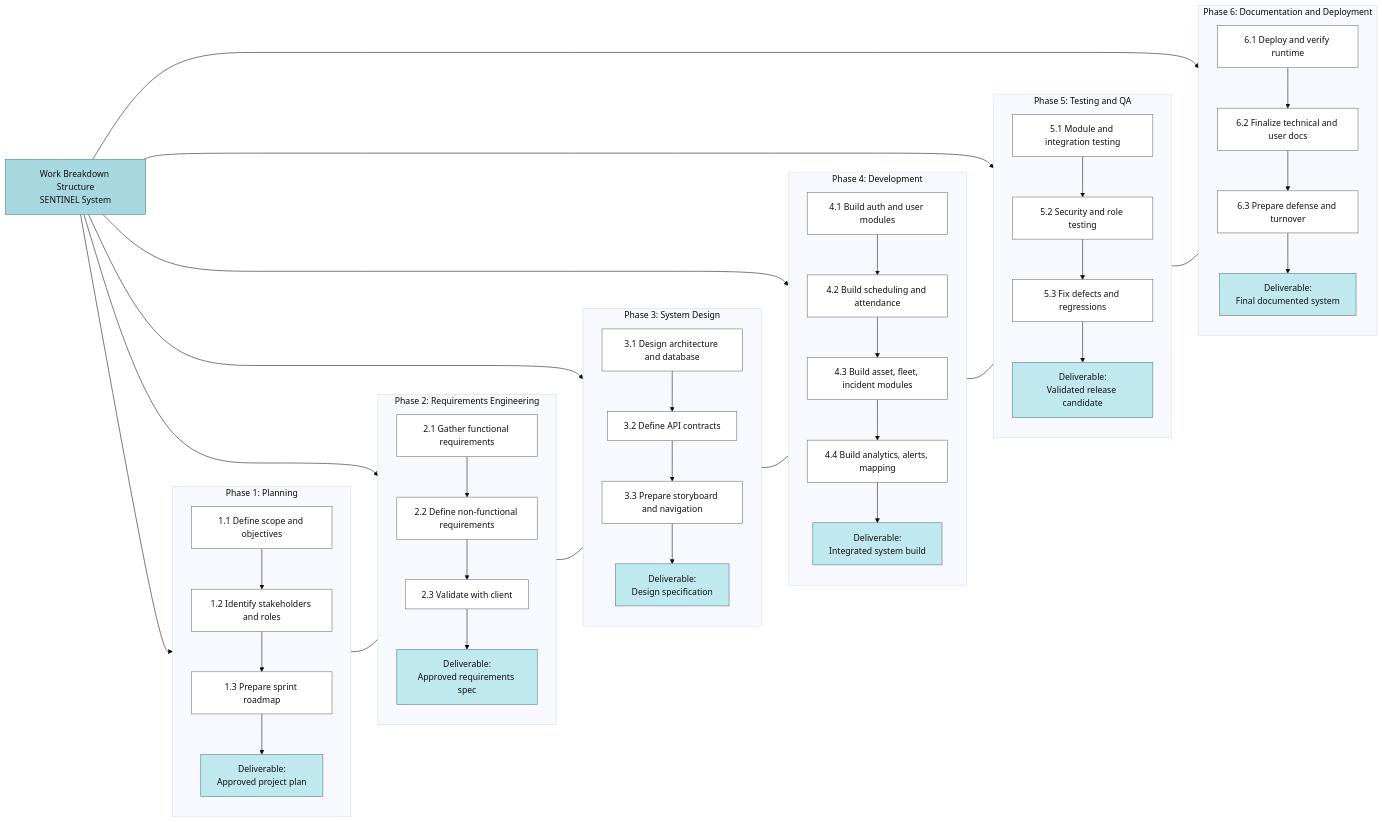
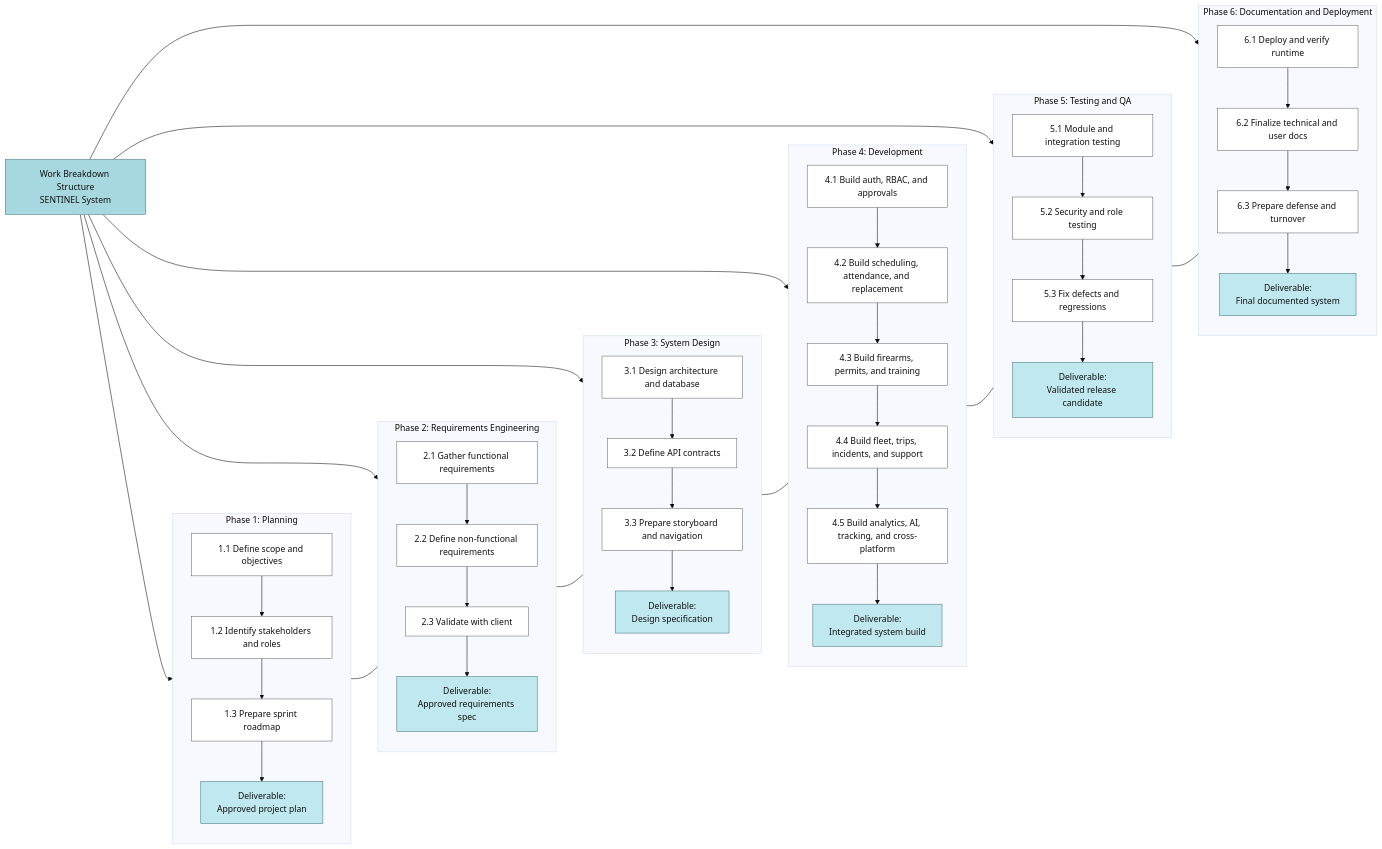
One commit to dwaytu/Capstone-Main changed the first of 6 diagrams in SENTINEL - Group 8.md. Above: the diagram before and after it, drawn with Mermaid (base theme). The commit also changed other lines of this file and 12 other files, not shown here.

````diff
--- a/SENTINEL - Group 8.md
+++ b/SENTINEL - Group 8.md
@@ -1128,76 +1042,77 @@
 ```mermaid
 flowchart LR
 	ROOT["Work Breakdown Structure\nSENTINEL System"]
 
 	subgraph P1["Phase 1: Planning"]
 		direction TB
 		P1_1["1.1 Define scope and objectives"]
 		P1_2["1.2 Identify stakeholders and roles"]
 		P1_3["1.3 Prepare sprint roadmap"]
 		P1_D["Deliverable:\nApproved project plan"]
 		P1_1 --> P1_2 --> P1_3 --> P1_D
 	end
 
 	subgraph P2["Phase 2: Requirements Engineering"]
 		direction TB
 		P2_1["2.1 Gather functional requirements"]
 		P2_2["2.2 Define non-functional requirements"]
 		P2_3["2.3 Validate with client"]
 		P2_D["Deliverable:\nApproved requirements spec"]
 		P2_1 --> P2_2 --> P2_3 --> P2_D
 	end
 
 	subgraph P3["Phase 3: System Design"]
 		direction TB
 		P3_1["3.1 Design architecture and database"]
 		P3_2["3.2 Define API contracts"]
 		P3_3["3.3 Prepare storyboard and navigation"]
 		P3_D["Deliverable:\nDesign specification"]
 		P3_1 --> P3_2 --> P3_3 --> P3_D
 	end
 
 	subgraph P4["Phase 4: Development"]
 		direction TB
-		P4_1["4.1 Build auth and user modules"]
-		P4_2["4.2 Build scheduling and attendance"]
-		P4_3["4.3 Build asset, fleet, incident modules"]
-		P4_4["4.4 Build analytics, alerts, mapping"]
+		P4_1["4.1 Build auth, RBAC, and approvals"]
+		P4_2["4.2 Build scheduling, attendance, and replacement"]
+		P4_3["4.3 Build firearms, permits, and training"]
+		P4_4["4.4 Build fleet, trips, incidents, and support"]
+		P4_5["4.5 Build analytics, AI, tracking, and cross-platform"]
 		P4_D["Deliverable:\nIntegrated system build"]
-		P4_1 --> P4_2 --> P4_3 --> P4_4 --> P4_D
+		P4_1 --> P4_2 --> P4_3 --> P4_4 --> P4_5 --> P4_D
 	end
 
 	subgraph P5["Phase 5: Testing and QA"]
 		direction TB
 		P5_1["5.1 Module and integration testing"]
 		P5_2["5.2 Security and role testing"]
 		P5_3["5.3 Fix defects and regressions"]
 		P5_D["Deliverable:\nValidated release candidate"]
 		P5_1 --> P5_2 --> P5_3 --> P5_D
 	end
 
 	subgraph P6["Phase 6: Documentation and Deployment"]
 		direction TB
 		P6_1["6.1 Deploy and verify runtime"]
 		P6_2["6.2 Finalize technical and user docs"]
 		P6_3["6.3 Prepare defense and turnover"]
 		P6_D["Deliverable:\nFinal documented system"]
 		P6_1 --> P6_2 --> P6_3 --> P6_D
 	end
 
 	ROOT --> P1
 	ROOT --> P2
 	ROOT --> P3
 	ROOT --> P4
 	ROOT --> P5
 	ROOT --> P6
 
 	P1 --- P2 --- P3 --- P4 --- P5 --- P6
 
 	classDef head fill:#a7d7df,stroke:#4c7680,color:#111,stroke-width:1px;
 	classDef task fill:#ffffff,stroke:#6a6a6a,color:#111,stroke-width:1px;
 	classDef out fill:#bfe8ef,stroke:#4c7680,color:#111,stroke-width:1px;
 
 	class ROOT head;
-	class P1_1,P1_2,P1_3,P2_1,P2_2,P2_3,P3_1,P3_2,P3_3,P4_1,P4_2,P4_3,P4_4,P5_1,P5_2,P5_3,P6_1,P6_2,P6_3 task;
+	class P1_1,P1_2,P1_3,P2_1,P2_2,P2_3,P3_1,P3_2,P3_3,P4_1,P4_2,P4_3,P4_4,P4_5,P5_1,P5_2,P5_3,P6_1,P6_2,P6_3 task;
 	class P1_D,P2_D,P3_D,P4_D,P5_D,P6_D out;
 ```
````
